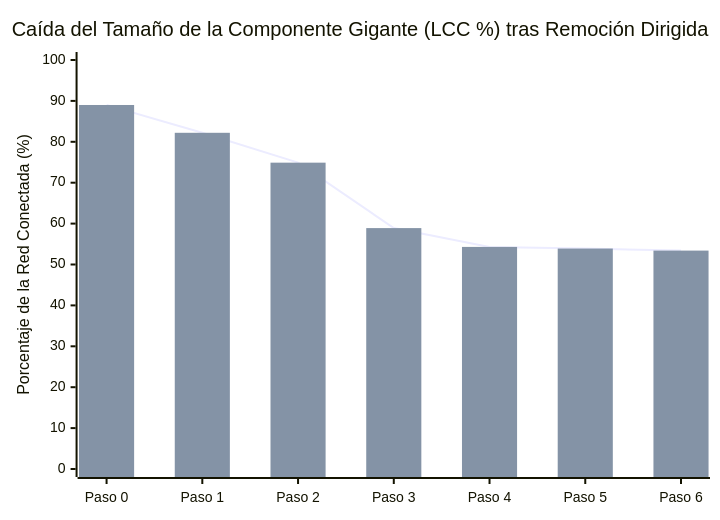
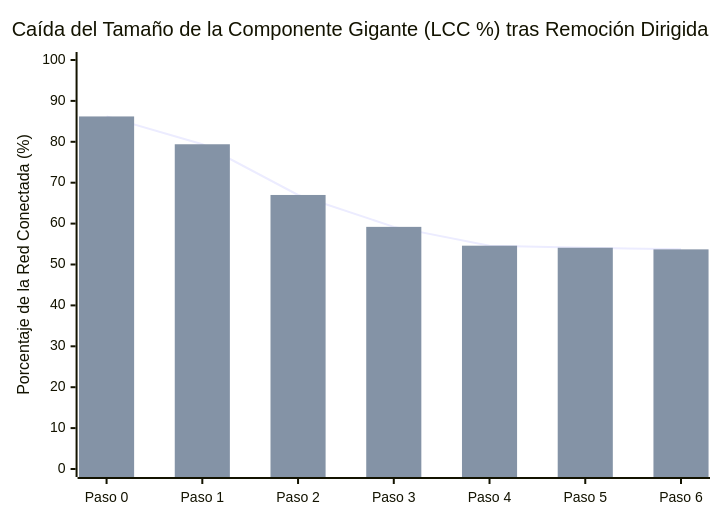
Before and after one commit to 0kamir/ftm-chile: the diagram in 05_Vistas_Analiticas/Simulacion_Desarticulacion_Red.md, drawn with Mermaid. The commit also changed other lines of this file and 107 other files, not shown here.

````diff
--- a/05_Vistas_Analiticas/Simulacion_Desarticulacion_Red.md
+++ b/05_Vistas_Analiticas/Simulacion_Desarticulacion_Red.md
@@ -19,8 +19,8 @@
 ```mermaid
 xychart-beta
   title "Caída del Tamaño de la Componente Gigante (LCC %) tras Remoción Dirigida"
   x-axis ["Paso 0", "Paso 1", "Paso 2", "Paso 3", "Paso 4", "Paso 5", "Paso 6"]
   y-axis "Porcentaje de la Red Conectada (%)" 0 --> 100
-  line [89.0, 82.2, 74.9, 58.9, 54.3, 53.9, 53.4]
-  bar [89.0, 82.2, 74.9, 58.9, 54.3, 53.9, 53.4]
+  line [86.2, 79.4, 67.0, 59.2, 54.6, 54.1, 53.7]
+  bar [86.2, 79.4, 67.0, 59.2, 54.6, 54.1, 53.7]
 ```
````
